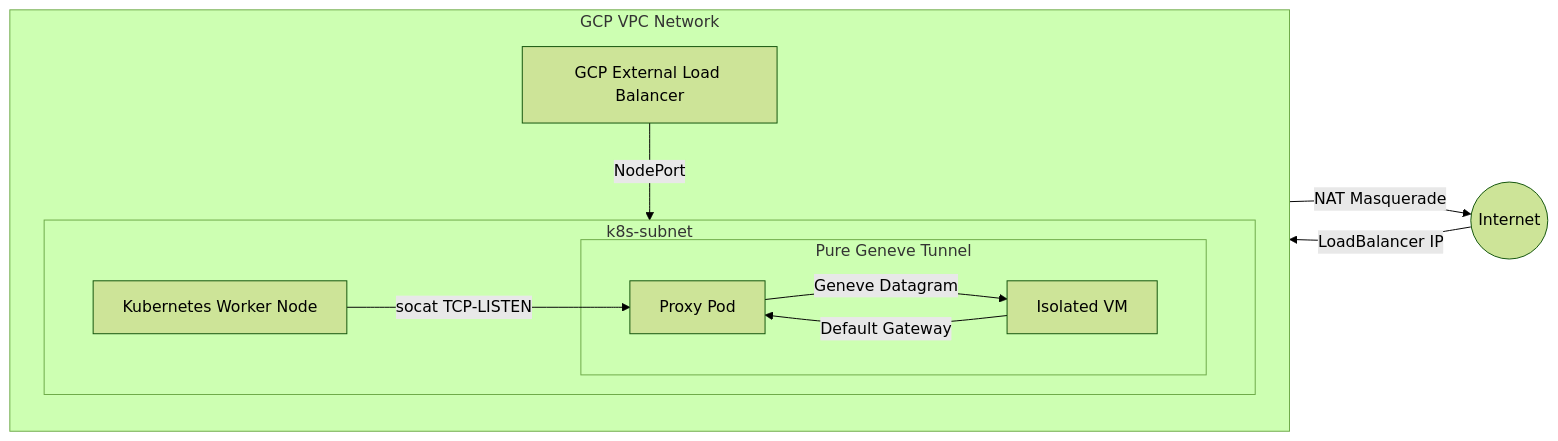
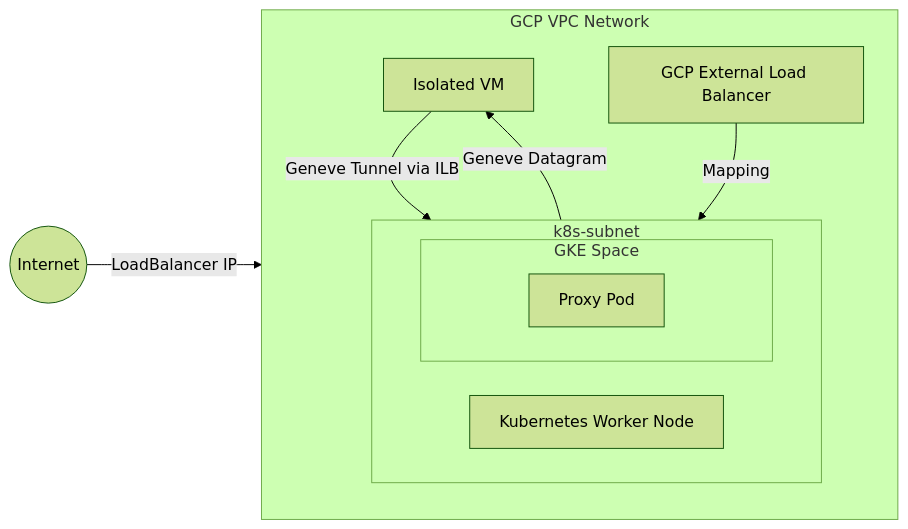
The first of 3 diagrams in README.md (linde/gcp-k8s-isolated-vm), drawn with Mermaid (forest theme) before and after one commit. The commit also changed other lines of this file, not shown here.

````diff
--- a/README.md
+++ b/README.md
@@ -36,27 +37,28 @@
 ```mermaid
 graph LR
     Internet((Internet))
 
     subgraph VPC [GCP VPC Network]
         direction TB
         GCP_LB[GCP External Load Balancer]
+        
         subgraph Subnet [k8s-subnet]
             direction LR
             K8s_Node[Kubernetes Worker Node]
-            subgraph Overlay [Pure Geneve Tunnel]
+            
+            subgraph Pods [GKE Space]
                 Proxy_Pod[Proxy Pod]
-                Proxied_VM[Isolated VM]
             end
         end
+        
+        Proxied_VM[Isolated VM]
     end
+
+    %% Returning Tunnel path
+    Proxied_VM -->|Geneve Tunnel via ILB| Proxy_Pod
 
     %% Inbound Traffic (Ingress)
     Internet -->|LoadBalancer IP| GCP_LB
-    GCP_LB -->|NodePort| K8s_Node
-    K8s_Node -->|socat TCP-LISTEN| Proxy_Pod
+    GCP_LB -->|Mapping| Proxy_Pod
     Proxy_Pod -->|Geneve Datagram| Proxied_VM
-
-    %% Outbound Traffic (Egress)
-    Proxied_VM -->|Default Gateway| Proxy_Pod
-    Proxy_Pod -->|NAT Masquerade| Internet
 ```
````
